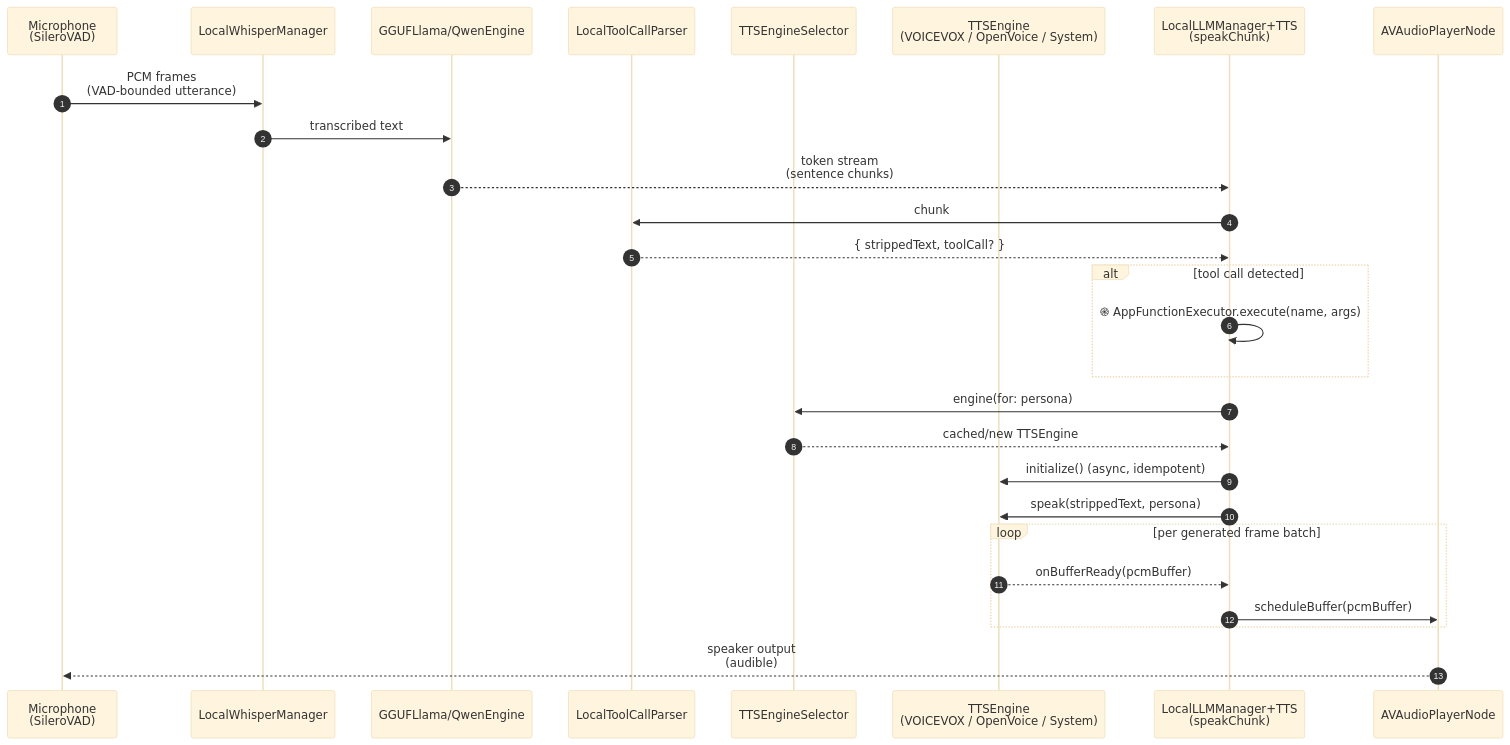
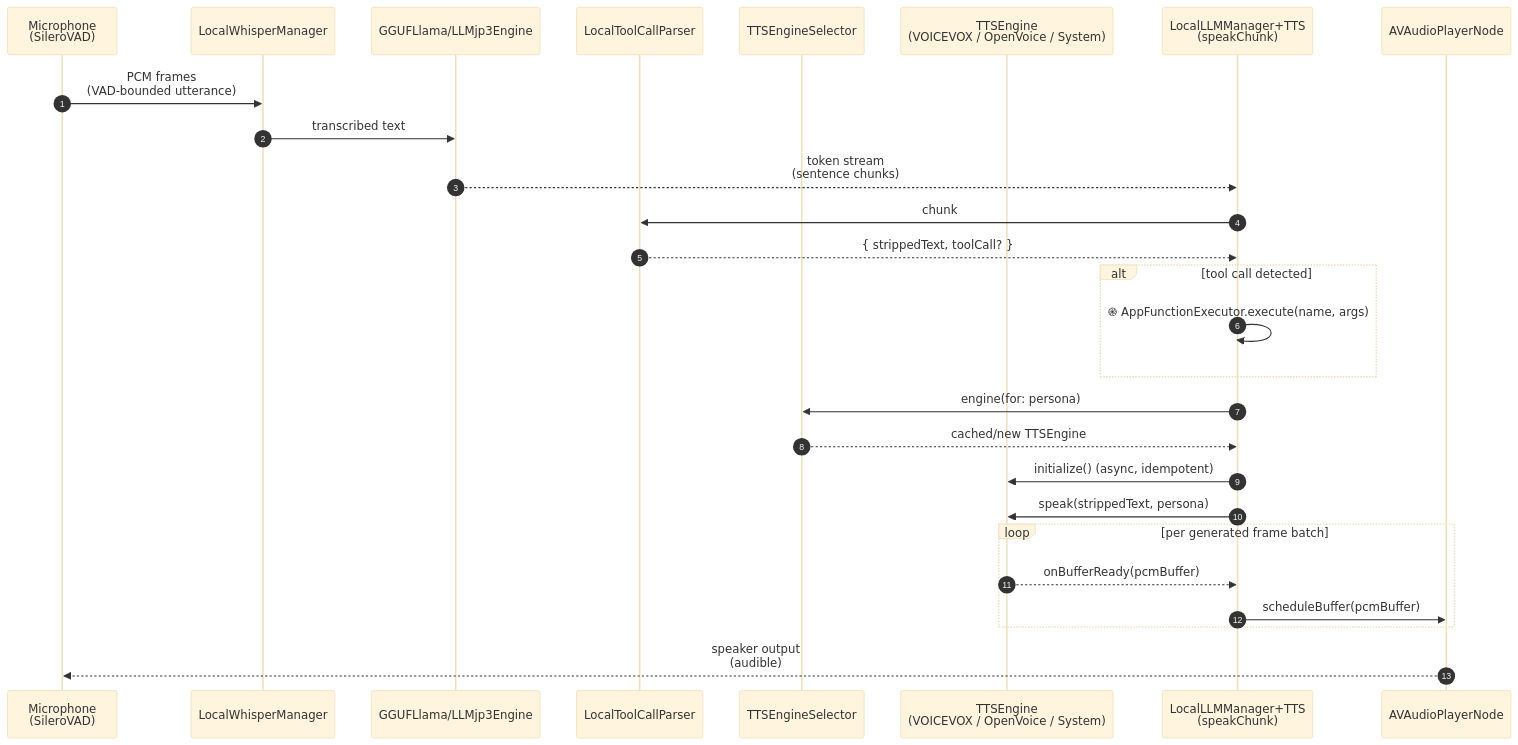
The second of 4 diagrams in docs/LLM_VOICE.md (kevinliddel/NeuraLink), drawn with Mermaid (base theme) before and after one commit. The commit also changed other lines of this file and 32 other files, not shown here.

Commit message:
feat: implement local LLM architecture with llama.cpp, consolidate documentation, and update environment assets.

````diff
--- a/docs/LLM_VOICE.md
+++ b/docs/LLM_VOICE.md
@@ -54,30 +54,30 @@
 ```mermaid
 sequenceDiagram
     autonumber
     participant Mic as Microphone<br/>(SileroVAD)
     participant Whisper as LocalWhisperManager
-    participant LLM as GGUFLlama/QwenEngine
+    participant LLM as GGUFLlama/LLMjp3Engine
     participant Parser as LocalToolCallParser
     participant Sel as TTSEngineSelector
     participant Eng as TTSEngine<br/>(VOICEVOX / OpenVoice / System)
     participant Pump as LocalLLMManager+TTS<br/>(speakChunk)
     participant Player as AVAudioPlayerNode
 
     Mic->>Whisper: PCM frames<br/>(VAD-bounded utterance)
     Whisper->>LLM: transcribed text
     LLM-->>Pump: token stream<br/>(sentence chunks)
     Pump->>Parser: chunk
     Parser-->>Pump: { strippedText, toolCall? }
     alt tool call detected
         Pump->>Pump: ֎ AppFunctionExecutor.execute(name, args)
     end
     Pump->>Sel: engine(for: persona)
     Sel-->>Pump: cached/new TTSEngine
     Pump->>Eng: initialize() (async, idempotent)
     Pump->>Eng: speak(strippedText, persona)
     loop per generated frame batch
         Eng-->>Pump: onBufferReady(pcmBuffer)
         Pump->>Player: scheduleBuffer(pcmBuffer)
     end
     Player-->>Mic: speaker output<br/>(audible)
 ```
````
